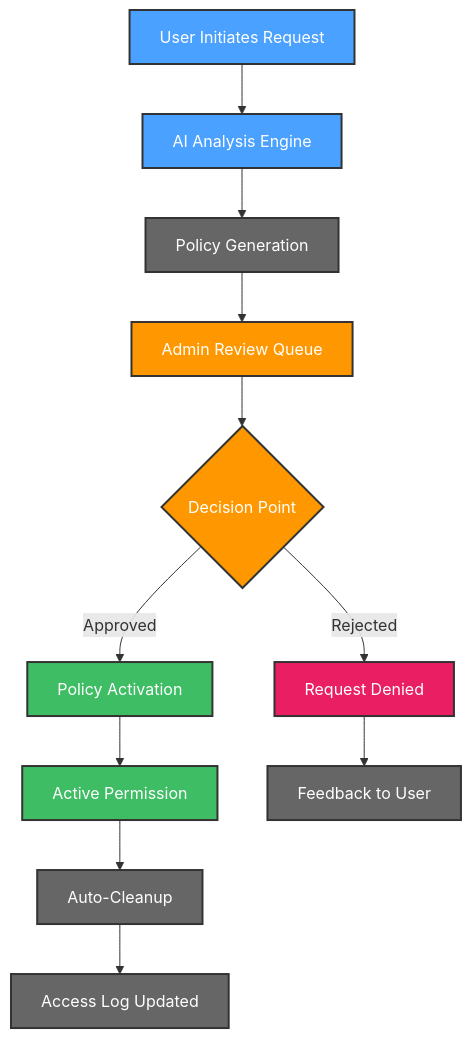
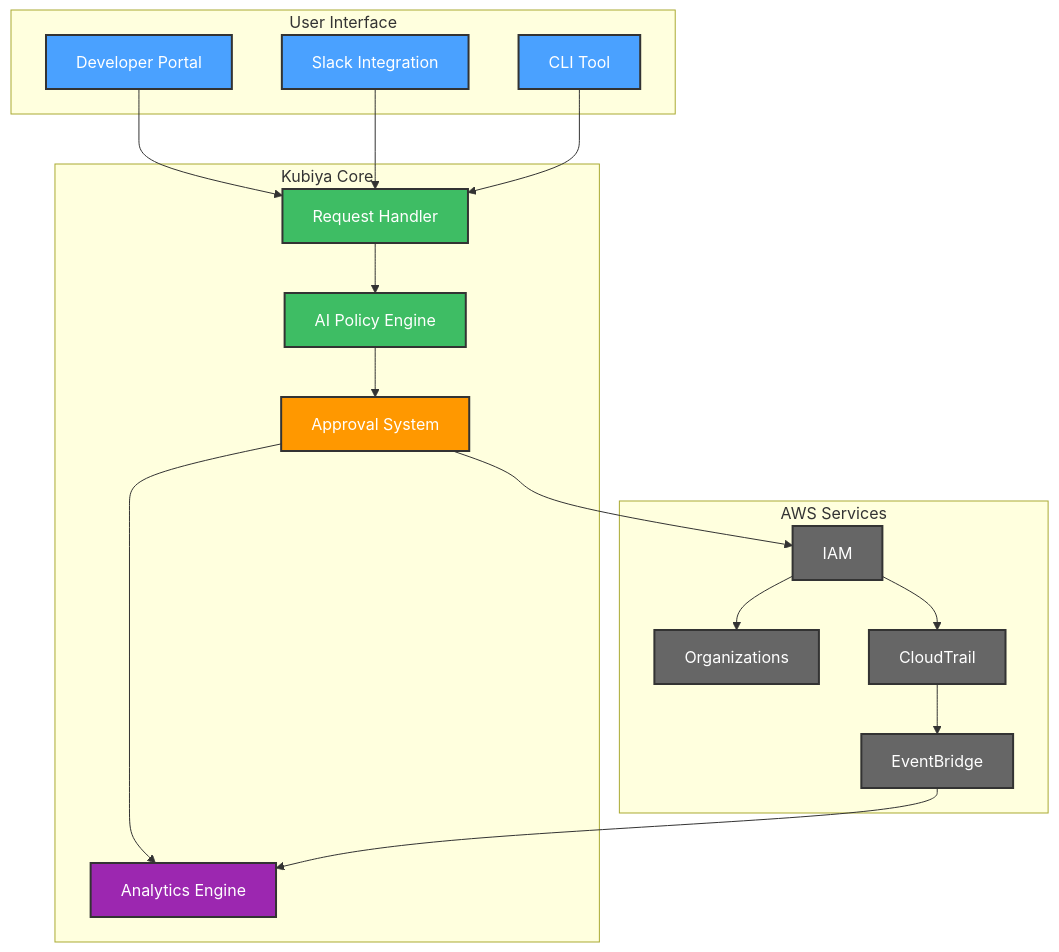
Before and after one commit to kubiyabot/terraform-modules: the first of 5 diagrams in jit-permissions-guardians/README.md, drawn with Mermaid. The commit also changed other lines of this file, not shown here.

````diff
--- a/jit-permissions-guardians/README.md
+++ b/jit-permissions-guardians/README.md
@@ -23,25 +38,44 @@
 ```mermaid
-flowchart TD
-    A["User Initiates Request"] --> B["AI Analysis Engine"]
-    B --> C["Policy Generation"]
-    C --> D["Admin Review Queue"]
-    D --> E{"Decision Point"}
-    E -->|Approved| F["Policy Activation"]
-    E -->|Rejected| G["Request Denied"]
-    F --> H["Active Permission"]
-    H --> I["Auto-Cleanup"]
-    G --> J["Feedback to User"]
-    I --> K["Access Log Updated"]
+graph TB
+    subgraph "User Interface"
+        A[Developer Portal]
+        B[Slack Integration]
+        C[CLI Tool]
+    end
+
+    subgraph "Kubiya Core"
+        D[Request Handler]
+        E[AI Policy Engine]
+        F[Approval System]
+        G[Analytics Engine]
+    end
+
+    subgraph "AWS Services"
+        H[IAM]
+        I[Organizations]
+        J[CloudTrail]
+        K[EventBridge]
+    end
+
+    A & B & C --> D
+    D --> E
+    E --> F
+    F --> G
+    F --> H
+    H --> I
+    H --> J
+    J --> K
+    K --> G
 
     style A fill:#4aa1ff,stroke:#333,stroke-width:2px,color:#fff
     style B fill:#4aa1ff,stroke:#333,stroke-width:2px,color:#fff
-    style C fill:#666666,stroke:#333,stroke-width:2px,color:#fff
-    style D fill:#ff9800,stroke:#333,stroke-width:2px,color:#fff
-    style E fill:#ff9800,stroke:#333,stroke-width:2px,color:#fff
-    style F fill:#3ebd64,stroke:#333,stroke-width:2px,color:#fff
-    style G fill:#e91e63,stroke:#333,stroke-width:2px,color:#fff
-    style H fill:#3ebd64,stroke:#333,stroke-width:2px,color:#fff
+    style C fill:#4aa1ff,stroke:#333,stroke-width:2px,color:#fff
+    style D fill:#3ebd64,stroke:#333,stroke-width:2px,color:#fff
+    style E fill:#3ebd64,stroke:#333,stroke-width:2px,color:#fff
+    style F fill:#ff9800,stroke:#333,stroke-width:2px,color:#fff
+    style G fill:#9c27b0,stroke:#333,stroke-width:2px,color:#fff
+    style H fill:#666666,stroke:#333,stroke-width:2px,color:#fff
     style I fill:#666666,stroke:#333,stroke-width:2px,color:#fff
     style J fill:#666666,stroke:#333,stroke-width:2px,color:#fff
     style K fill:#666666,stroke:#333,stroke-width:2px,color:#fff
 ```
````
